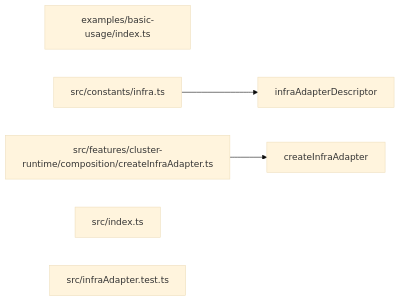
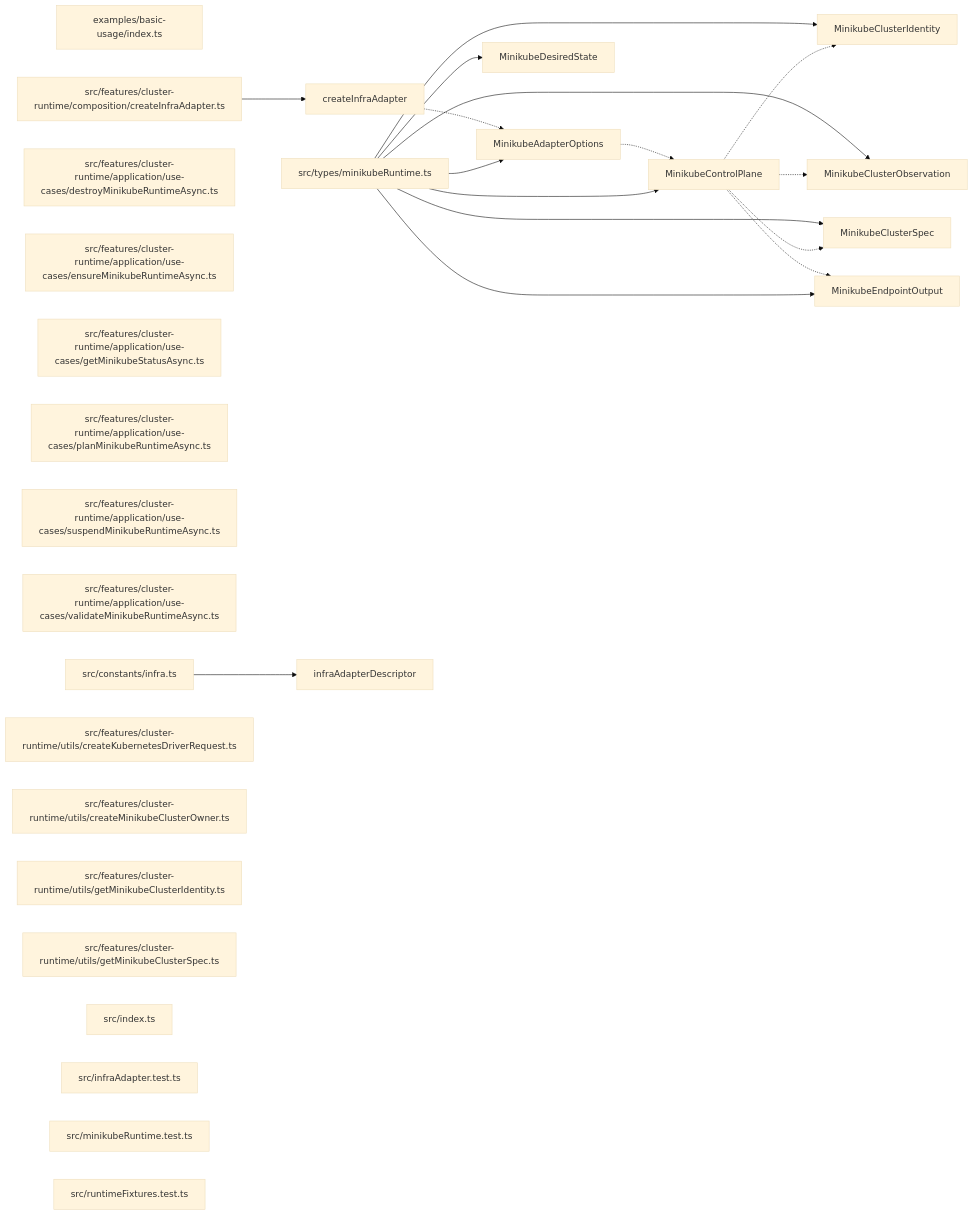
Before and after one commit to ankhorage/minikube: the diagram in paradox/diagrams/export-graph.mmd, drawn with Mermaid (base theme). The commit also changed 28 other files, not shown here.

Commit message:
feat: implement minikube runtime lifecycle (#2)

```diff
--- a/paradox/diagrams/export-graph.mmd
+++ b/paradox/diagrams/export-graph.mmd
@@ -1,10 +1,43 @@
 graph LR
   module_examples_basic_usage_index_ts["examples/basic-usage/index.ts"]
   module_src_constants_infra_ts["src/constants/infra.ts"]
+  module_src_features_cluster_runtime_application_use_cases_destroyMinikubeRuntimeAsync_ts["src/features/cluster-runtime/application/use-cases/destroyMinikubeRuntimeAsync.ts"]
+  module_src_features_cluster_runtime_application_use_cases_ensureMinikubeRuntimeAsync_ts["src/features/cluster-runtime/application/use-cases/ensureMinikubeRuntimeAsync.ts"]
+  module_src_features_cluster_runtime_application_use_cases_getMinikubeStatusAsync_ts["src/features/cluster-runtime/application/use-cases/getMinikubeStatusAsync.ts"]
+  module_src_features_cluster_runtime_application_use_cases_planMinikubeRuntimeAsync_ts["src/features/cluster-runtime/application/use-cases/planMinikubeRuntimeAsync.ts"]
+  module_src_features_cluster_runtime_application_use_cases_suspendMinikubeRuntimeAsync_ts["src/features/cluster-runtime/application/use-cases/suspendMinikubeRuntimeAsync.ts"]
+  module_src_features_cluster_runtime_application_use_cases_validateMinikubeRuntimeAsync_ts["src/features/cluster-runtime/application/use-cases/validateMinikubeRuntimeAsync.ts"]
   module_src_features_cluster_runtime_composition_createInfraAdapter_ts["src/features/cluster-runtime/composition/createInfraAdapter.ts"]
+  module_src_features_cluster_runtime_utils_createKubernetesDriverRequest_ts["src/features/cluster-runtime/utils/createKubernetesDriverRequest.ts"]
+  module_src_features_cluster_runtime_utils_createMinikubeClusterOwner_ts["src/features/cluster-runtime/utils/createMinikubeClusterOwner.ts"]
+  module_src_features_cluster_runtime_utils_getMinikubeClusterIdentity_ts["src/features/cluster-runtime/utils/getMinikubeClusterIdentity.ts"]
+  module_src_features_cluster_runtime_utils_getMinikubeClusterSpec_ts["src/features/cluster-runtime/utils/getMinikubeClusterSpec.ts"]
   module_src_index_ts["src/index.ts"]
   module_src_infraAdapter_test_ts["src/infraAdapter.test.ts"]
+  module_src_minikubeRuntime_test_ts["src/minikubeRuntime.test.ts"]
+  module_src_runtimeFixtures_test_ts["src/runtimeFixtures.test.ts"]
+  module_src_types_minikubeRuntime_ts["src/types/minikubeRuntime.ts"]
   export_createInfraAdapter["createInfraAdapter"]
   module_src_features_cluster_runtime_composition_createInfraAdapter_ts --> export_createInfraAdapter
+  export_createInfraAdapter -.-> export_MinikubeAdapterOptions
   export_infraAdapterDescriptor["infraAdapterDescriptor"]
   module_src_constants_infra_ts --> export_infraAdapterDescriptor
+  export_MinikubeAdapterOptions["MinikubeAdapterOptions"]
+  module_src_types_minikubeRuntime_ts --> export_MinikubeAdapterOptions
+  export_MinikubeAdapterOptions -.-> export_MinikubeControlPlane
+  export_MinikubeClusterIdentity["MinikubeClusterIdentity"]
+  module_src_types_minikubeRuntime_ts --> export_MinikubeClusterIdentity
+  export_MinikubeClusterObservation["MinikubeClusterObservation"]
+  module_src_types_minikubeRuntime_ts --> export_MinikubeClusterObservation
+  export_MinikubeClusterSpec["MinikubeClusterSpec"]
+  module_src_types_minikubeRuntime_ts --> export_MinikubeClusterSpec
+  export_MinikubeControlPlane["MinikubeControlPlane"]
+  module_src_types_minikubeRuntime_ts --> export_MinikubeControlPlane
+  export_MinikubeControlPlane -.-> export_MinikubeClusterIdentity
+  export_MinikubeControlPlane -.-> export_MinikubeClusterObservation
+  export_MinikubeControlPlane -.-> export_MinikubeClusterSpec
+  export_MinikubeControlPlane -.-> export_MinikubeEndpointOutput
+  export_MinikubeDesiredState["MinikubeDesiredState"]
+  module_src_types_minikubeRuntime_ts --> export_MinikubeDesiredState
+  export_MinikubeEndpointOutput["MinikubeEndpointOutput"]
+  module_src_types_minikubeRuntime_ts --> export_MinikubeEndpointOutput
```
